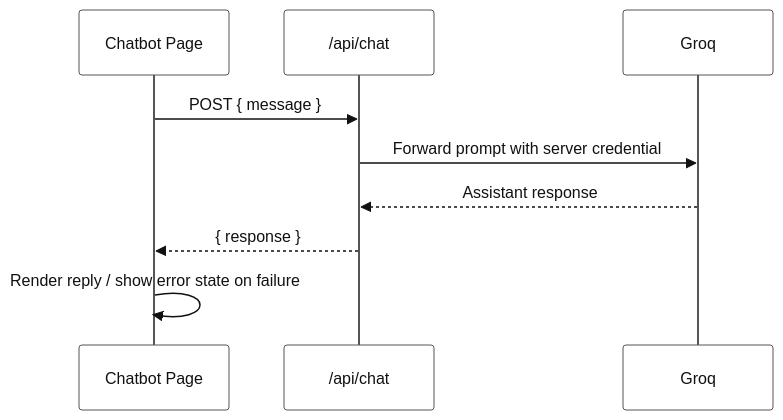
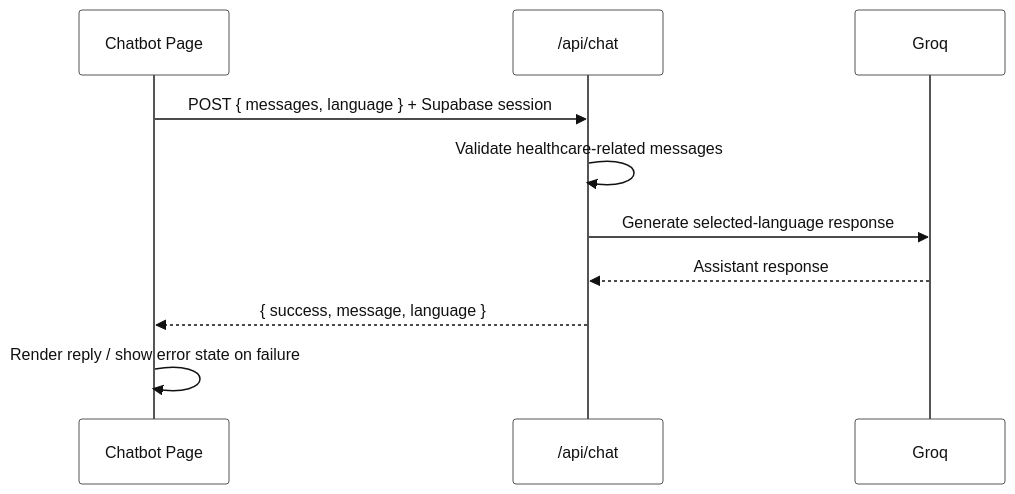
One commit to vanshkatnor1505/BuiltTechies changed the third of 4 diagrams in PROJECT INFORMATION/API-REFERENCE.md. Above: the diagram before and after it, drawn with Mermaid. The commit also changed other lines of this file, not shown here.

Commit message:
feat: enhance API documentation with detailed endpoint descriptions and authentication requirements

````diff
--- a/PROJECT INFORMATION/API-REFERENCE.md
+++ b/PROJECT INFORMATION/API-REFERENCE.md
@@ -114,13 +136,14 @@
 ```mermaid
 %%{init: {'theme':'base', 'themeVariables': {'primaryColor':'#ffffff','primaryTextColor':'#111111','primaryBorderColor':'#555555','lineColor':'#555555','secondaryColor':'#f5f5f5','tertiaryColor':'#ffffff','fontSize':'15px','darkMode':false,'background':'#ffffff'}}}%%
 sequenceDiagram
     participant FE as Chatbot Page
     participant API as /api/chat
     participant GRQ as Groq
 
-    FE->>API: POST { message }
-    API->>GRQ: Forward prompt with server credential
+    FE->>API: POST { messages, language } + Supabase session
+    API->>API: Validate healthcare-related messages
+    API->>GRQ: Generate selected-language response
     GRQ-->>API: Assistant response
-    API-->>FE: { response }
+    API-->>FE: { success, message, language }
     FE->>FE: Render reply / show error state on failure
 ```
````
